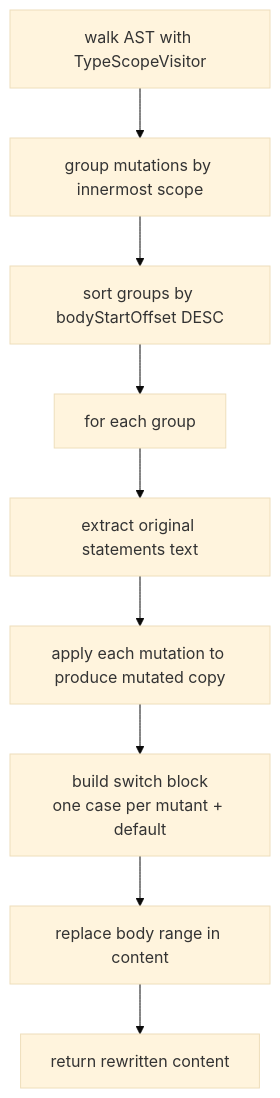
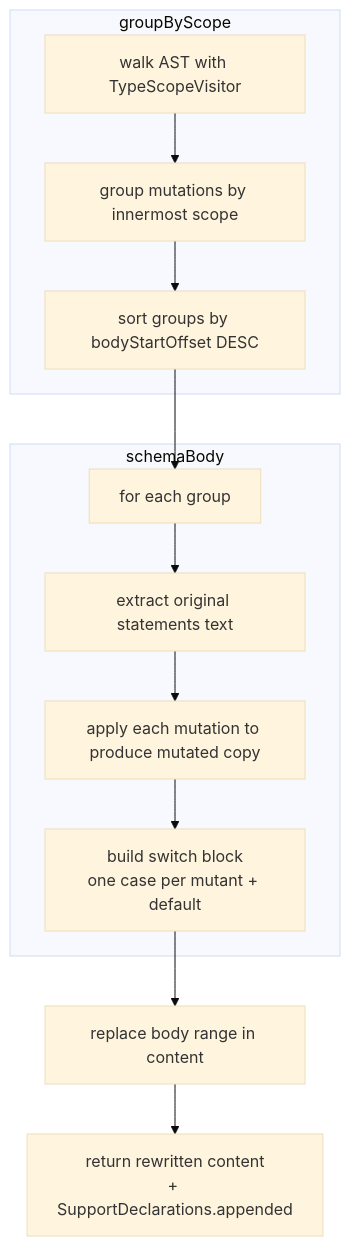
One commit to C24-Bank/swift-mutation-testing changed the diagram in Docs/CodeBase/05-schematization.md. Above: the diagram before and after it, drawn with Mermaid (base theme). The commit also changed other lines of this file and 11 other files, not shown here.

````diff
--- a/Docs/CodeBase/05-schematization.md
+++ b/Docs/CodeBase/05-schematization.md
@@ -22,11 +31,15 @@
 ```mermaid
 flowchart TD
-    A[walk AST with TypeScopeVisitor] --> B[group mutations by innermost scope]
-    B --> C[sort groups by bodyStartOffset DESC]
+    subgraph groupByScope
+        A[walk AST with TypeScopeVisitor] --> B[group mutations by innermost scope]
+        B --> C[sort groups by bodyStartOffset DESC]
+    end
     C --> D[for each group]
-    D --> E[extract original statements text]
-    E --> F[apply each mutation to produce mutated copy]
-    F --> G[build switch block\none case per mutant + default]
+    subgraph schemaBody
+        D --> E[extract original statements text]
+        E --> F[apply each mutation to produce mutated copy]
+        F --> G[build switch block\none case per mutant + default]
+    end
     G --> H[replace body range in content]
-    H --> I[return rewritten content]
+    H --> I[return rewritten content\n+ SupportDeclarations.appended]
 ```
````
